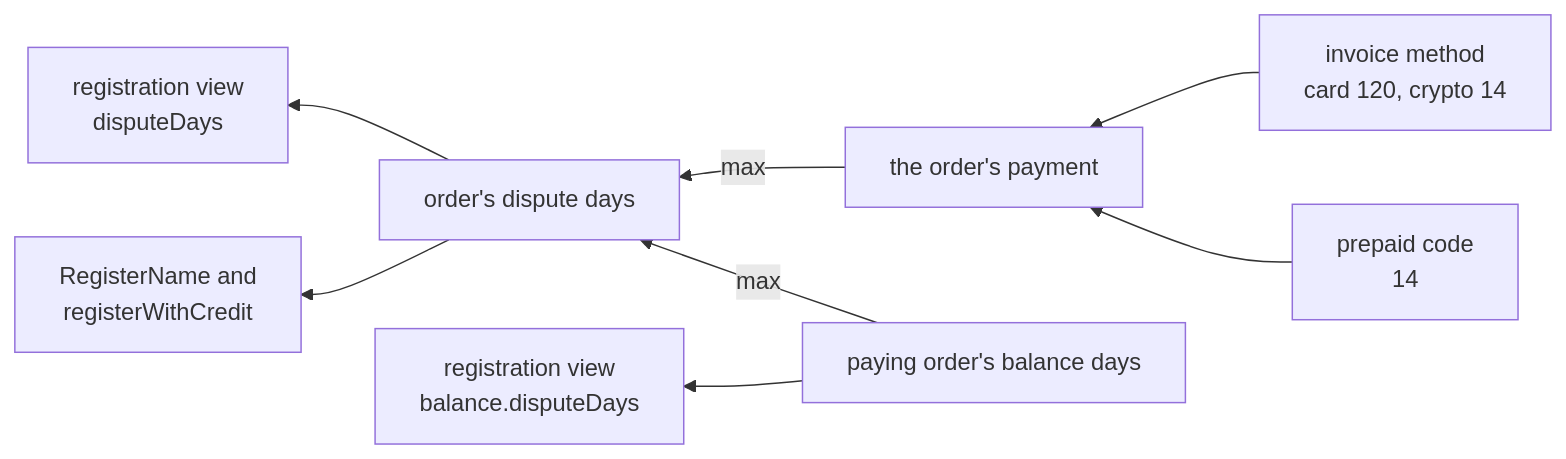
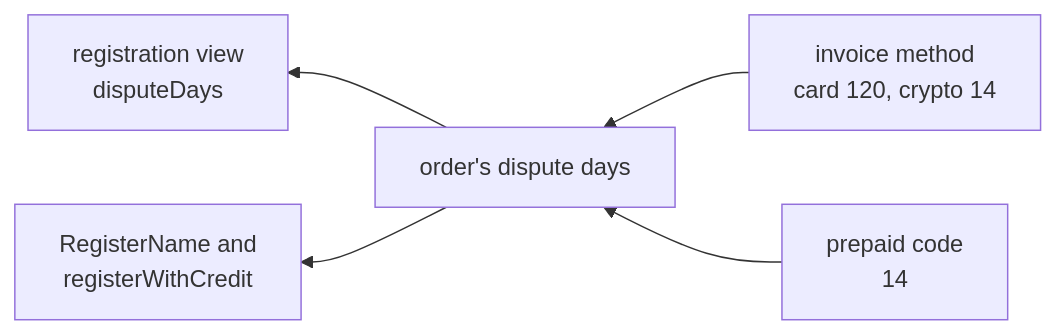
The first of 3 diagrams in plans/2026-11-20-names-dispute-days.md (simplex-chat/simplex-chat), drawn with Mermaid before and after one commit. The commit also changed other lines of this file, not shown here.

Commit message:
store: plan dispute days on the names order phases and order-time reveal

````diff
--- a/plans/2026-11-20-names-dispute-days.md
+++ b/plans/2026-11-20-names-dispute-days.md
@@ -71,10 +58,7 @@
 ```mermaid
 flowchart RL
-  method["invoice method<br>card 120, crypto 14"] --> own["the order's payment"]
-  code["prepaid code<br>14"] --> own
-  source["paying order's balance days"] -->|"max"| days["order's dispute days"]
-  source --> balanceView["registration view<br>balance.disputeDays"]
-  own -->|"max"| days
+  method["invoice method<br>card 120, crypto 14"] --> days["order's dispute days"]
+  code["prepaid code<br>14"] --> days
   days --> view["registration view<br>disputeDays"]
   days --> intent["RegisterName and<br>registerWithCredit"]
 ```
````
